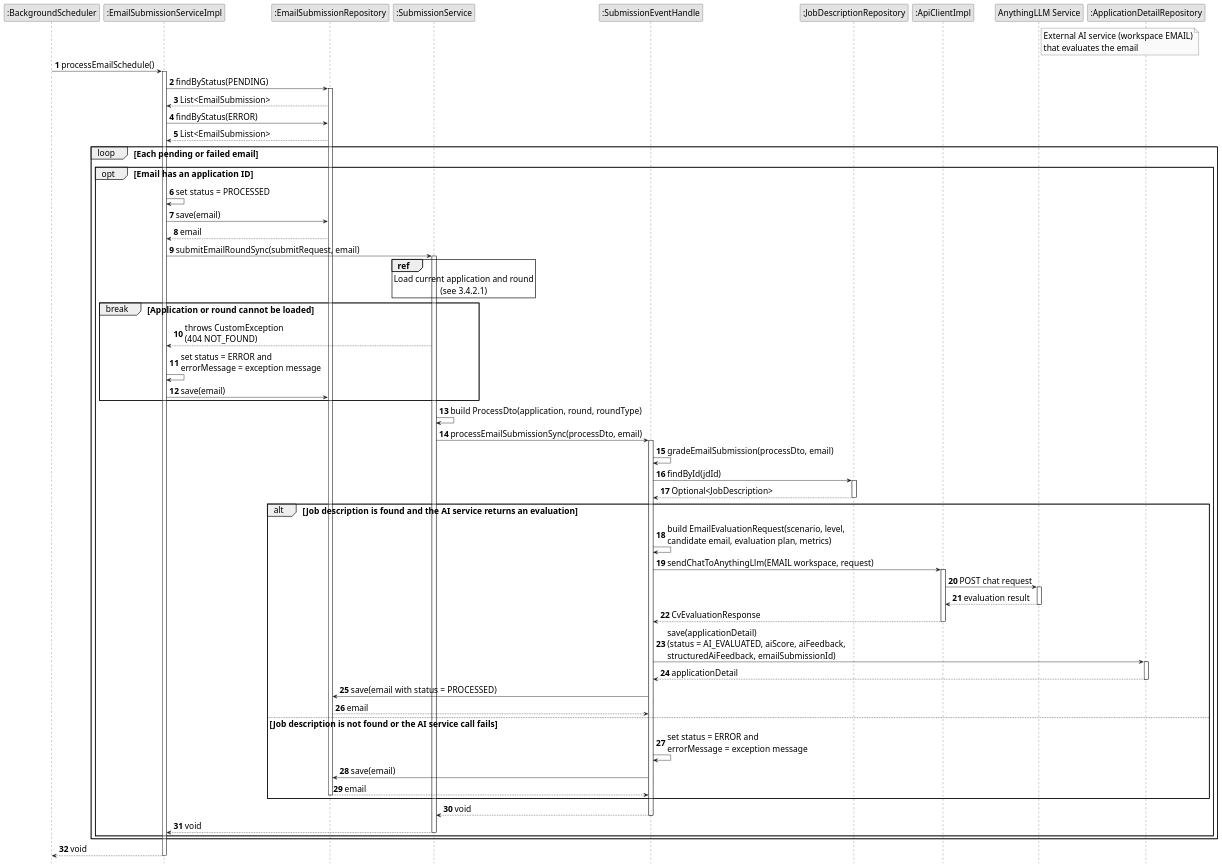
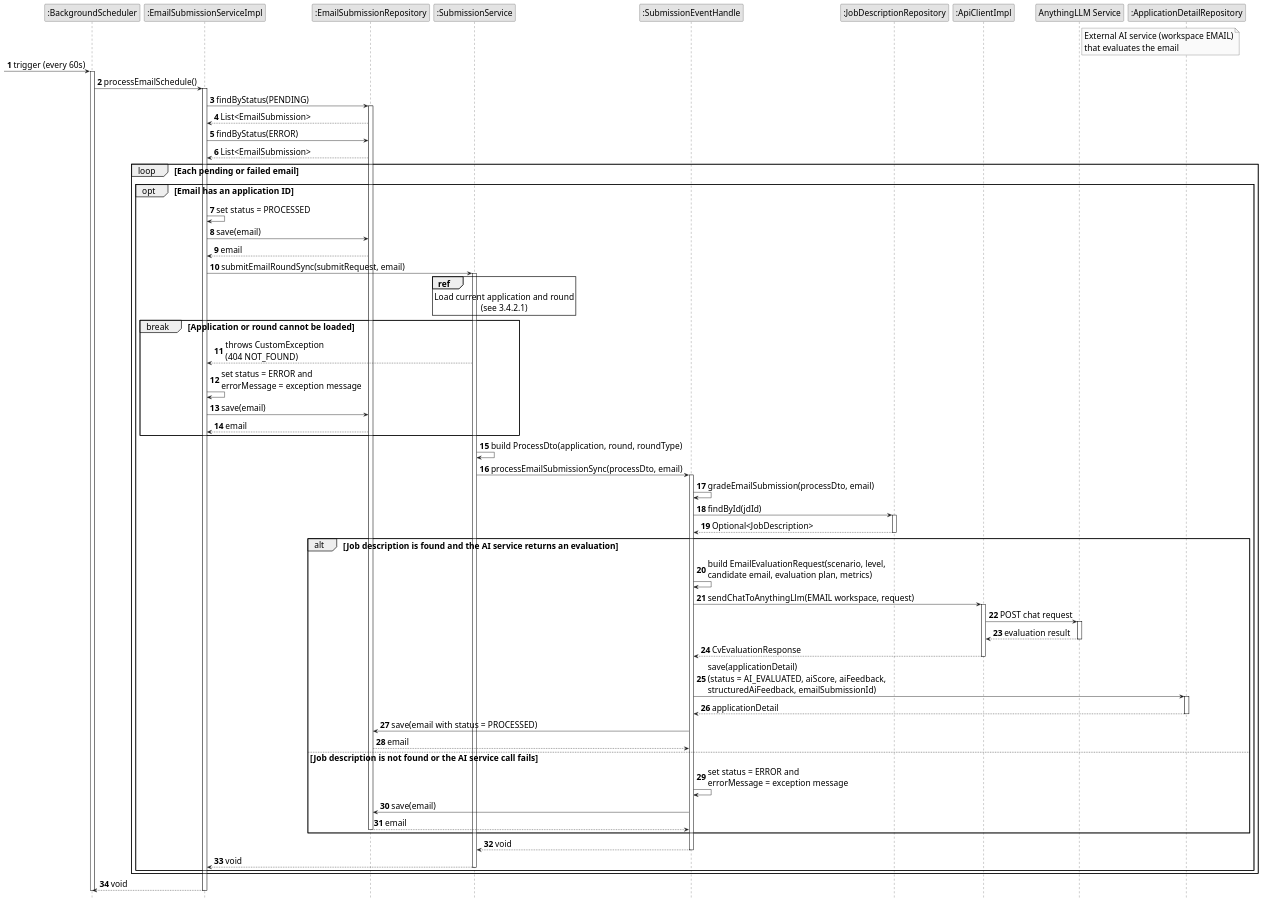
Before and after one commit to Kdz198/Inblue: the diagram in diagram/sequence/sequence-3.4.2.3(2).puml, drawn with PlantUML. The commit also changed 7 other files, not shown here.

Commit message:
feat: rename "Candidate / Mentor" to "User" in sequence diagrams for clarity

```diff
--- a/diagram/sequence/sequence-3.4.2.3(2).puml
+++ b/diagram/sequence/sequence-3.4.2.3(2).puml
@@ -1,113 +1,118 @@
 @startuml ProcessEmailAndEvaluateWithLlm
 skinparam monochrome true
 skinparam shadowing false
 skinparam defaultFontSize 20
 
 ' Do not repeat participant boxes at the bottom of the diagram
 hide footbox
 
 <style>
 sequenceDiagram {
   groupHeader {
     FontStyle plain
   }
 }
 </style>
 
 autonumber
 
 participant ":BackgroundScheduler" as Scheduler
 participant ":EmailSubmissionServiceImpl" as EmailService
 participant ":EmailSubmissionRepository" as EmailRepo
 participant ":SubmissionService" as SubService
 participant ":SubmissionEventHandle" as EventHandle
 participant ":JobDescriptionRepository" as JdRepo
 participant ":ApiClientImpl" as ApiClient
 participant "AnythingLLM Service" as LlmService
 participant ":ApplicationDetailRepository" as DetailRepo
 
 note right of LlmService
   External AI service (workspace EMAIL)
   that evaluates the email
 end note
 
 ' ===================== Grade pending emails (every 60 seconds) =====================
 
+[-> Scheduler : trigger (every 60s)
+activate Scheduler
+
 Scheduler -> EmailService : processEmailSchedule()
 activate EmailService
 
 EmailService -> EmailRepo : findByStatus(PENDING)
 activate EmailRepo
 EmailRepo --> EmailService : List<EmailSubmission>
 
 EmailService -> EmailRepo : findByStatus(ERROR)
 EmailRepo --> EmailService : List<EmailSubmission>
 
 loop Each pending or failed email
     opt Email has an application ID
         EmailService -> EmailService : set status = PROCESSED
         EmailService -> EmailRepo : save(email)
         EmailRepo --> EmailService : email
 
         EmailService -> SubService : submitEmailRoundSync(submitRequest, email)
         activate SubService
 
         ref over SubService : Load current application and round\n(see 3.4.2.1)
 
         break Application or round cannot be loaded
             SubService --> EmailService : throws CustomException\n(404 NOT_FOUND)
             EmailService -> EmailService : set status = ERROR and\nerrorMessage = exception message
             EmailService -> EmailRepo : save(email)
+            EmailRepo --> EmailService : email
         end
 
         SubService -> SubService : build ProcessDto(application, round, roundType)
 
         SubService -> EventHandle : processEmailSubmissionSync(processDto, email)
         activate EventHandle
 
         EventHandle -> EventHandle : gradeEmailSubmission(processDto, email)
 
         EventHandle -> JdRepo : findById(jdId)
         activate JdRepo
         JdRepo --> EventHandle : Optional<JobDescription>
         deactivate JdRepo
 
         alt Job description is found and the AI service returns an evaluation
             EventHandle -> EventHandle : build EmailEvaluationRequest(scenario, level,\ncandidate email, evaluation plan, metrics)
 
             EventHandle -> ApiClient : sendChatToAnythingLlm(EMAIL workspace, request)
             activate ApiClient
             ApiClient -> LlmService : POST chat request
             activate LlmService
             LlmService --> ApiClient : evaluation result
             deactivate LlmService
             ApiClient --> EventHandle : CvEvaluationResponse
             deactivate ApiClient
 
             EventHandle -> DetailRepo : save(applicationDetail)\n(status = AI_EVALUATED, aiScore, aiFeedback,\nstructuredAiFeedback, emailSubmissionId)
             activate DetailRepo
             DetailRepo --> EventHandle : applicationDetail
             deactivate DetailRepo
 
             EventHandle -> EmailRepo : save(email with status = PROCESSED)
             EmailRepo --> EventHandle : email
         else Job description is not found or the AI service call fails
             EventHandle -> EventHandle : set status = ERROR and\nerrorMessage = exception message
 
             EventHandle -> EmailRepo : save(email)
             EmailRepo --> EventHandle : email
             deactivate EmailRepo
         end
 
         EventHandle --> SubService : void
         deactivate EventHandle
 
         SubService --> EmailService : void
         deactivate SubService
     end
 end
 
 EmailService --> Scheduler : void
 deactivate EmailService
+deactivate Scheduler
 
 @enduml
```
